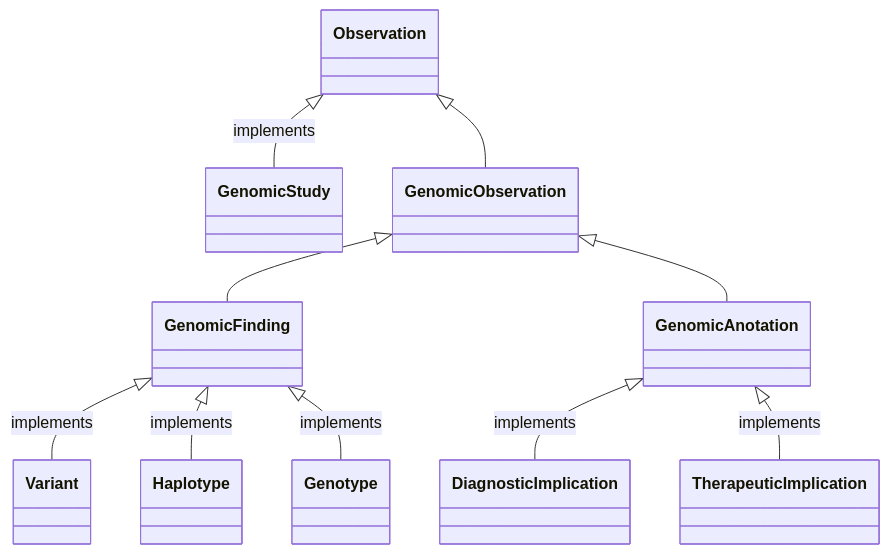
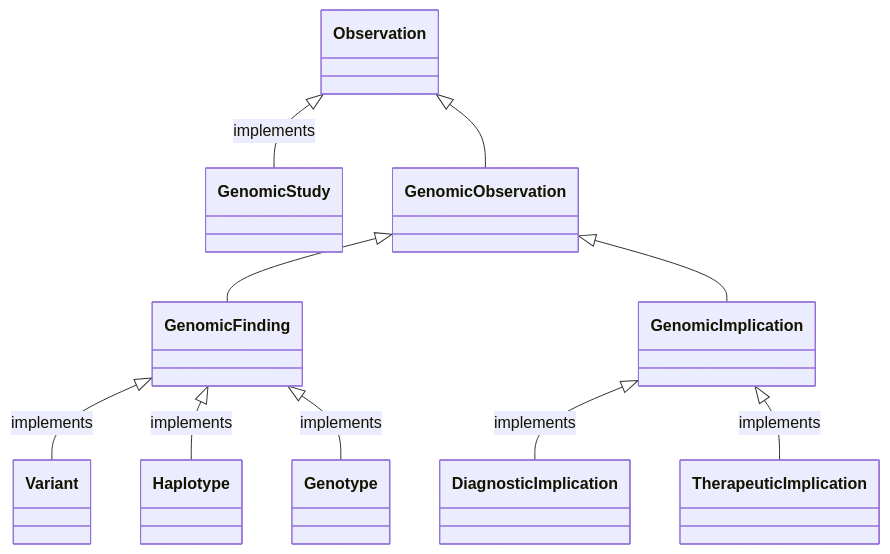
One commit to nw-gmsa/nw-gmsa.github.com changed the first of 2 diagrams in input/pagecontent/StructureDefinition-GenomicObservation-intro.md. Above: the diagram before and after it, drawn with Mermaid. The commit also changed other lines of this file, not shown here.

Commit message:
class diagrams

````diff
--- a/input/pagecontent/StructureDefinition-GenomicObservation-intro.md
+++ b/input/pagecontent/StructureDefinition-GenomicObservation-intro.md
@@ -3,15 +3,15 @@
 ```mermaid
 classDiagram
 
 Observation <|-- GenomicStudy : implements
 Observation <|-- GenomicObservation
 GenomicObservation <|-- GenomicFinding 
-GenomicObservation <|-- GenomicAnotation
+GenomicObservation <|-- GenomicImplication
 
 GenomicFinding <|-- Variant :implements
 GenomicFinding <|-- Haplotype :implements
 GenomicFinding <|-- Genotype :implements
 
-GenomicAnotation <|-- DiagnosticImplication :implements
-GenomicAnotation <|-- TherapeuticImplication :implements
+GenomicImplication <|-- DiagnosticImplication :implements
+GenomicImplication <|-- TherapeuticImplication :implements
 ```
````
